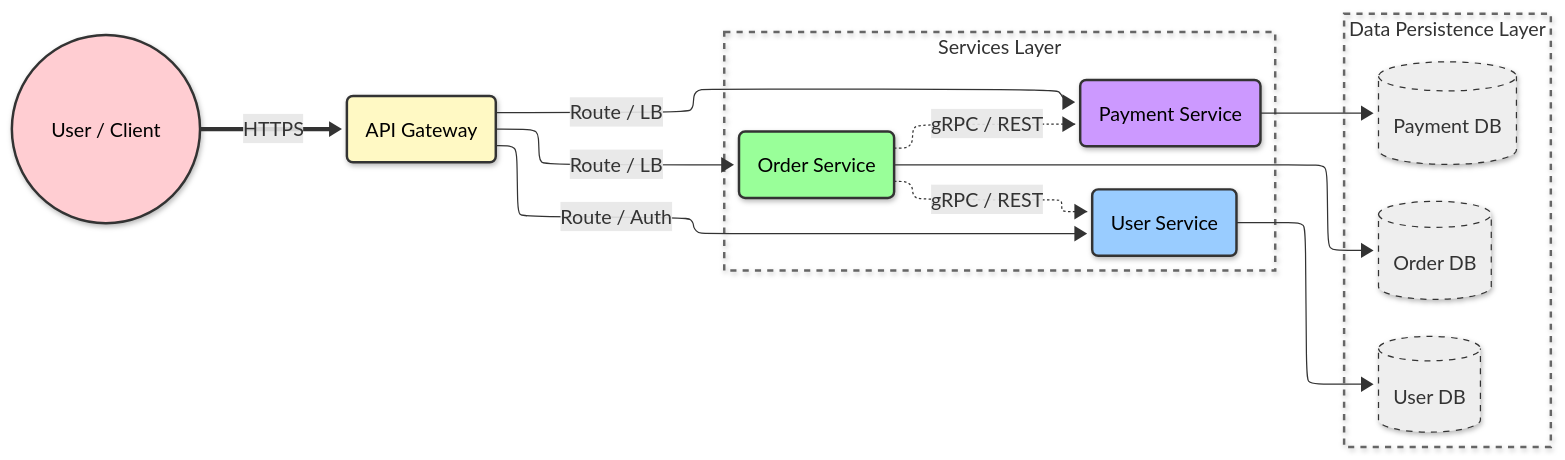
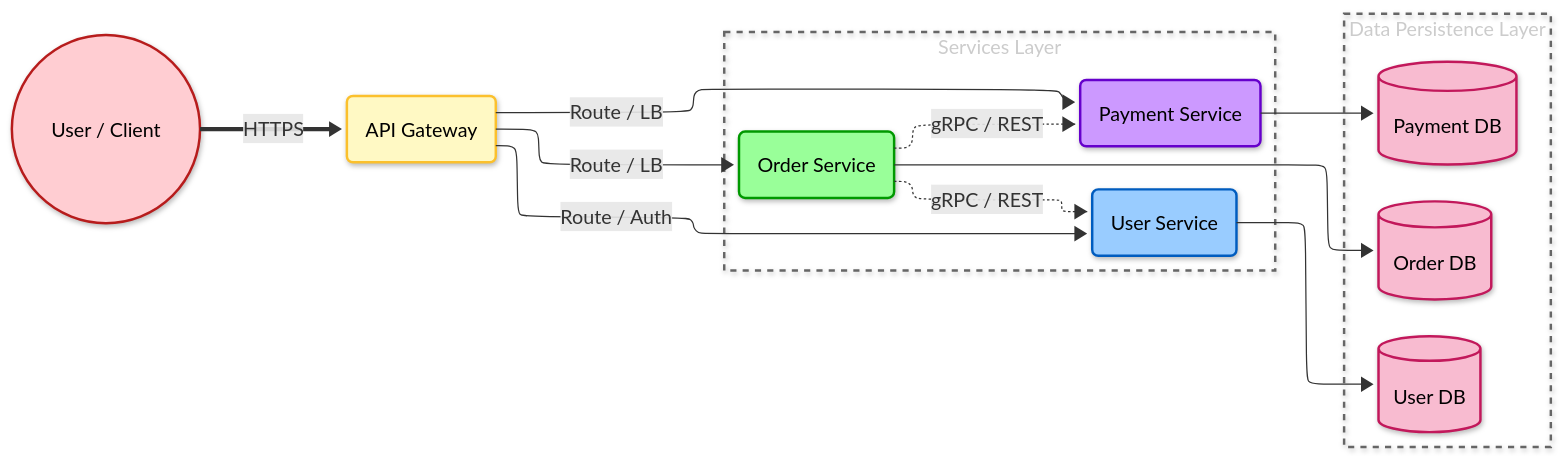
One commit to dinhnhatnguyen/Map_di_phong_van changed the first of 2 diagrams in microservice_handbook.md. Above: the diagram before and after it, drawn with Mermaid. The commit also changed other lines of this file, not shown here.

Commit message:
Update styles for components in microservice handbook

````diff
--- a/microservice_handbook.md
+++ b/microservice_handbook.md
@@ -22,42 +22,42 @@
 ```mermaid
 ---
 config:
   look: neo
   layout: elk
 ---
 flowchart LR
  subgraph Services_Layer["Services Layer"]
     direction TB
         s1["User Service"]
         s2["Order Service"]
         s3["Payment Service"]
   end
  subgraph Data_Layer["Data Persistence Layer"]
     direction TB
         db1[("User DB")]
         db2[("Order DB")]
         db3[("Payment DB")]
   end
     user(("User / Client")) == HTTPS ==> gateway["API Gateway"]
     gateway -- Route / Auth --> s1
     gateway -- Route / LB --> s2 & s3
     s1 --> db1
     s2 --> db2
     s3 --> db3
     s2 -. gRPC / REST .-> s1 & s3
 
     s1@{ shape: rounded}
     s2@{ shape: rounded}
     s3@{ shape: rounded}
     gateway@{ shape: rounded}
-    style s1 fill:#99ccff,stroke:#333,stroke-width:2px,color:black
-    style s2 fill:#99ff99,stroke:#333,stroke-width:2px,color:black
-    style s3 fill:#cc99ff,stroke:#333,stroke-width:2px,color:black
-    style db1 fill:#eeeeee,stroke:#333,stroke-width:1px,stroke-dasharray: 5 5
-    style db2 fill:#eeeeee,stroke:#333,stroke-width:1px,stroke-dasharray: 5 5
-    style db3 fill:#eeeeee,stroke:#333,stroke-width:1px,stroke-dasharray: 5 5
-    style user fill:#FFCDD2,stroke:#333,stroke-width:2px,color:black
-    style gateway fill:#FFF9C4,stroke:#333,stroke-width:2px,color:black
-    style Services_Layer fill:none,stroke:#666,stroke-width:2px,stroke-dasharray: 5 5
-    style Data_Layer fill:none,stroke:#666,stroke-width:2px,stroke-dasharray: 5 5
+    style s1 fill:#99ccff,stroke:#005cbf,stroke-width:2px,color:black
+    style s2 fill:#99ff99,stroke:#009900,stroke-width:2px,color:black
+    style s3 fill:#cc99ff,stroke:#6600cc,stroke-width:2px,color:black
+    style db1 fill:#f8bbd0,stroke:#c2185b,stroke-width:2px,color:black
+    style db2 fill:#f8bbd0,stroke:#c2185b,stroke-width:2px,color:black
+    style db3 fill:#f8bbd0,stroke:#c2185b,stroke-width:2px,color:black
+    style user fill:#ffcdd2,stroke:#b71c1c,stroke-width:2px,color:black
+    style gateway fill:#fff9c4,stroke:#fbc02d,stroke-width:2px,color:black
+    style Services_Layer fill:none,stroke:#666,stroke-width:2px,stroke-dasharray: 5 5,color:#ccc
+    style Data_Layer fill:none,stroke:#666,stroke-width:2px,stroke-dasharray: 5 5,color:#ccc
 ```
````
